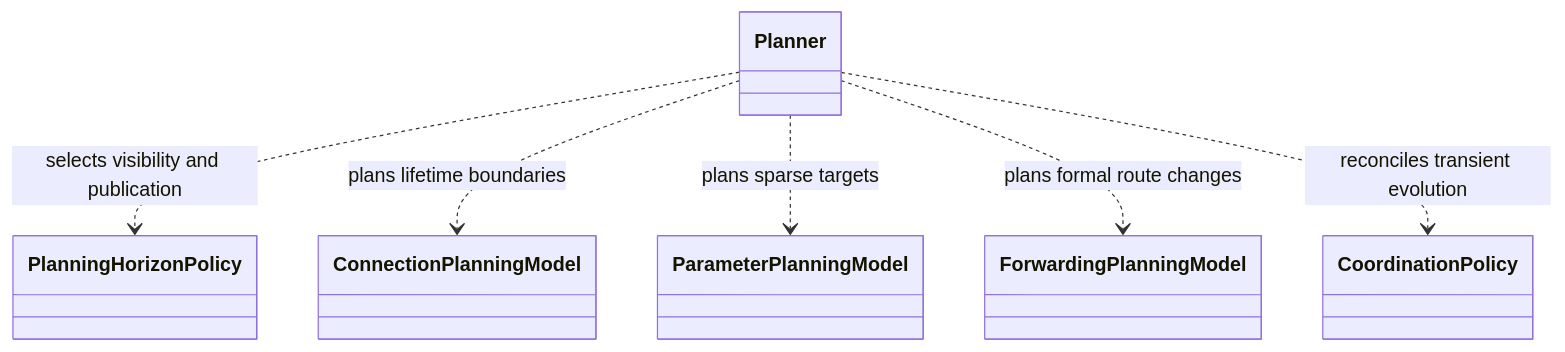
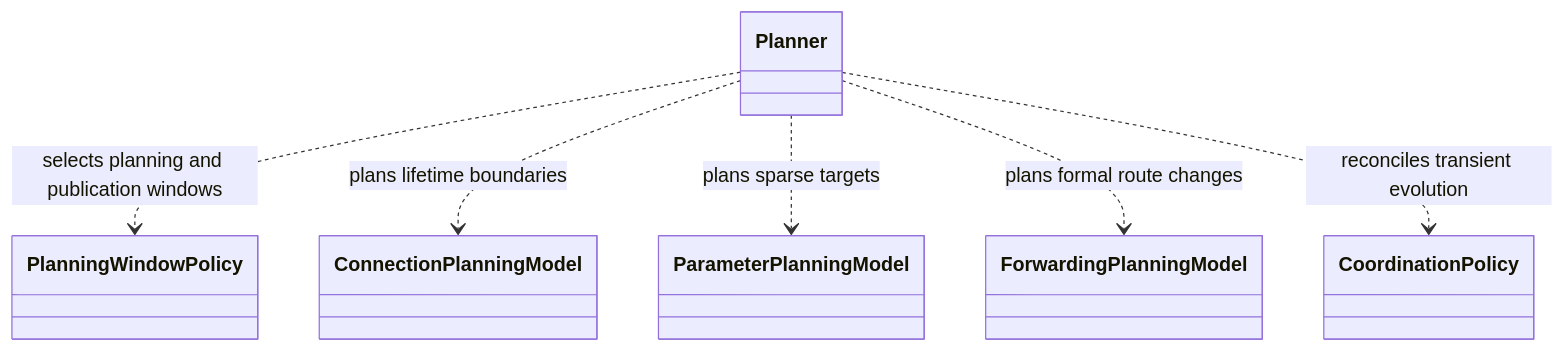
One commit to seed-labs/skyseed changed the sixth of 12 diagrams in skyseed_v2/src/skyseed_v2/simulator/planning/README.md. Above: the diagram before and after it, drawn with Mermaid. The commit also changed other lines of this file and 145 other files, not shown here.

````diff
--- a/skyseed_v2/src/skyseed_v2/simulator/planning/README.md
+++ b/skyseed_v2/src/skyseed_v2/simulator/planning/README.md
@@ -72,15 +72,15 @@
 ```mermaid
 classDiagram
     class Planner
-    class PlanningHorizonPolicy
+    class PlanningWindowPolicy
     class ConnectionPlanningModel
     class ParameterPlanningModel
     class ForwardingPlanningModel
     class CoordinationPolicy
 
-    Planner ..> PlanningHorizonPolicy : selects visibility and publication
+    Planner ..> PlanningWindowPolicy : selects planning and publication windows
     Planner ..> ConnectionPlanningModel : plans lifetime boundaries
     Planner ..> ParameterPlanningModel : plans sparse targets
     Planner ..> ForwardingPlanningModel : plans formal route changes
     Planner ..> CoordinationPolicy : reconciles transient evolution
 ```
````
